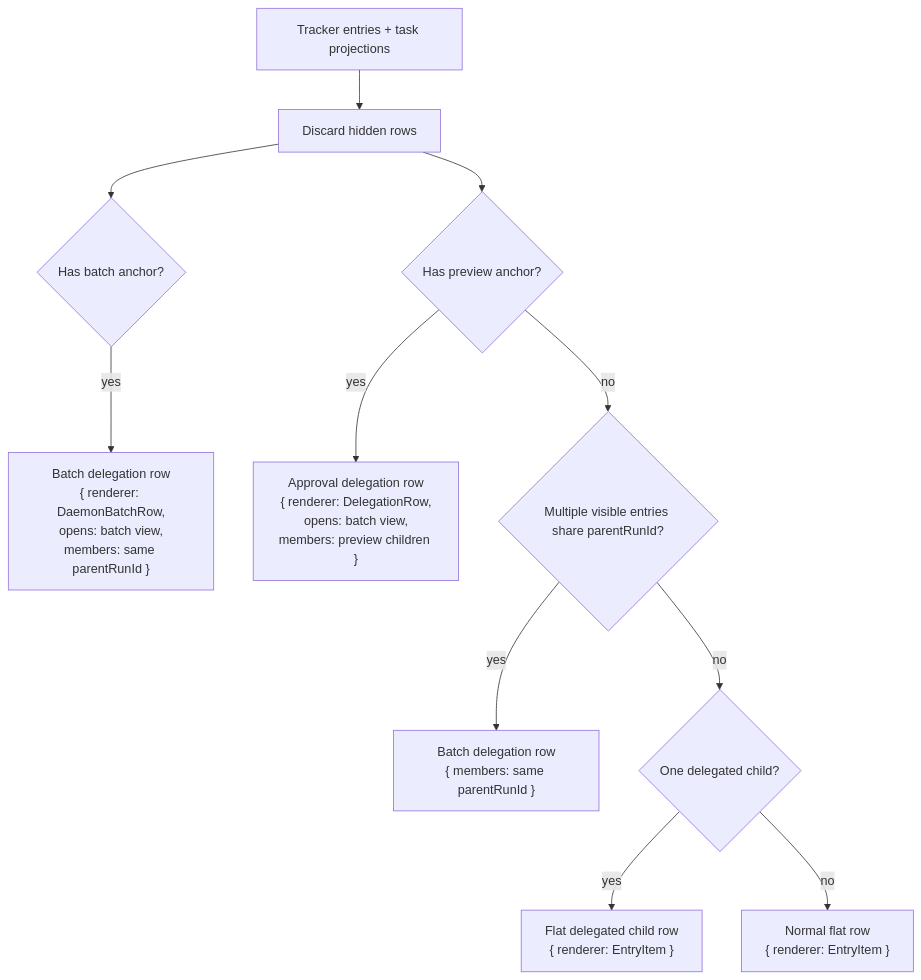
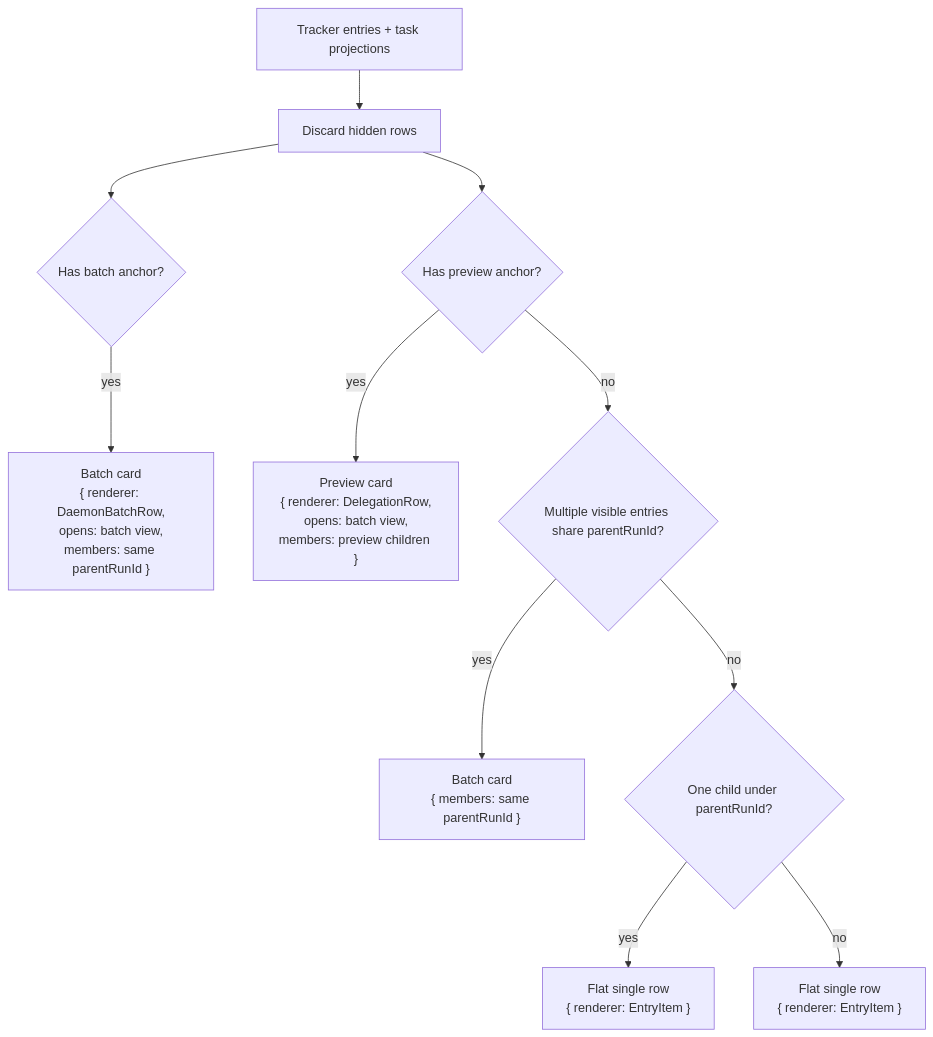
Before and after one commit to julianthant/hr-automation: the diagram in docs/workflow/README.md, drawn with Mermaid. The commit also changed other lines of this file and 60 other files, not shown here.

````diff
--- a/docs/workflow/README.md
+++ b/docs/workflow/README.md
@@ -64,13 +63,13 @@
 ```mermaid
 flowchart TD
   A["Tracker entries + task projections"] --> B["Discard hidden rows"]
   B --> C{"Has batch anchor?"}
-  C -->|yes| D["Batch delegation row<br/>{ renderer: DaemonBatchRow,<br/>opens: batch view,<br/>members: same parentRunId }"]
+  C -->|yes| D["Batch card<br/>{ renderer: DaemonBatchRow,<br/>opens: batch view,<br/>members: same parentRunId }"]
   B --> E{"Has preview anchor?"}
-  E -->|yes| F["Approval delegation row<br/>{ renderer: DelegationRow,<br/>opens: batch view,<br/>members: preview children }"]
+  E -->|yes| F["Preview card<br/>{ renderer: DelegationRow,<br/>opens: batch view,<br/>members: preview children }"]
   E -->|no| G{"Multiple visible entries share parentRunId?"}
-  G -->|yes| H["Batch delegation row<br/>{ members: same parentRunId }"]
-  G -->|no| I{"One delegated child?"}
-  I -->|yes| J["Flat delegated child row<br/>{ renderer: EntryItem }"]
-  I -->|no| K["Normal flat row<br/>{ renderer: EntryItem }"]
+  G -->|yes| H["Batch card<br/>{ members: same parentRunId }"]
+  G -->|no| I{"One child under parentRunId?"}
+  I -->|yes| J["Flat single row<br/>{ renderer: EntryItem }"]
+  I -->|no| K["Flat single row<br/>{ renderer: EntryItem }"]
 ```
````
